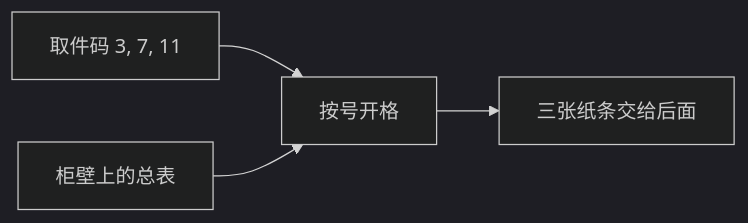
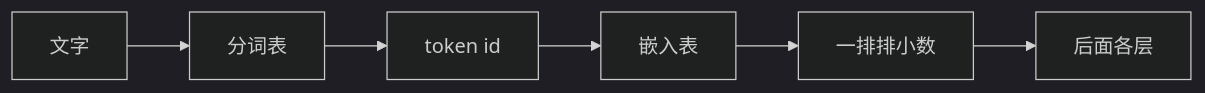
The diagram in web/src/content/beginner/cn/embedding.md (chaxus/arche), drawn with Mermaid (dark theme) before and after one commit. The commit also changed other lines of this file and 3 other files, not shown here.

````diff
--- a/web/src/content/beginner/cn/embedding.md
+++ b/web/src/content/beginner/cn/embedding.md
@@ -44,6 +29,8 @@
 ```mermaid
 flowchart LR
-  code["取件码 3, 7, 11"] --> open[按号开格]
-  wall[柜壁上的总表] --> open
-  open --> slips[三张纸条交给后面]
+  text[文字] --> tok[分词表]
+  tok --> ids[token id]
+  ids --> emb[嵌入表]
+  emb --> vecs[一排排小数]
+  vecs --> rest[后面各层]
 ```
````
